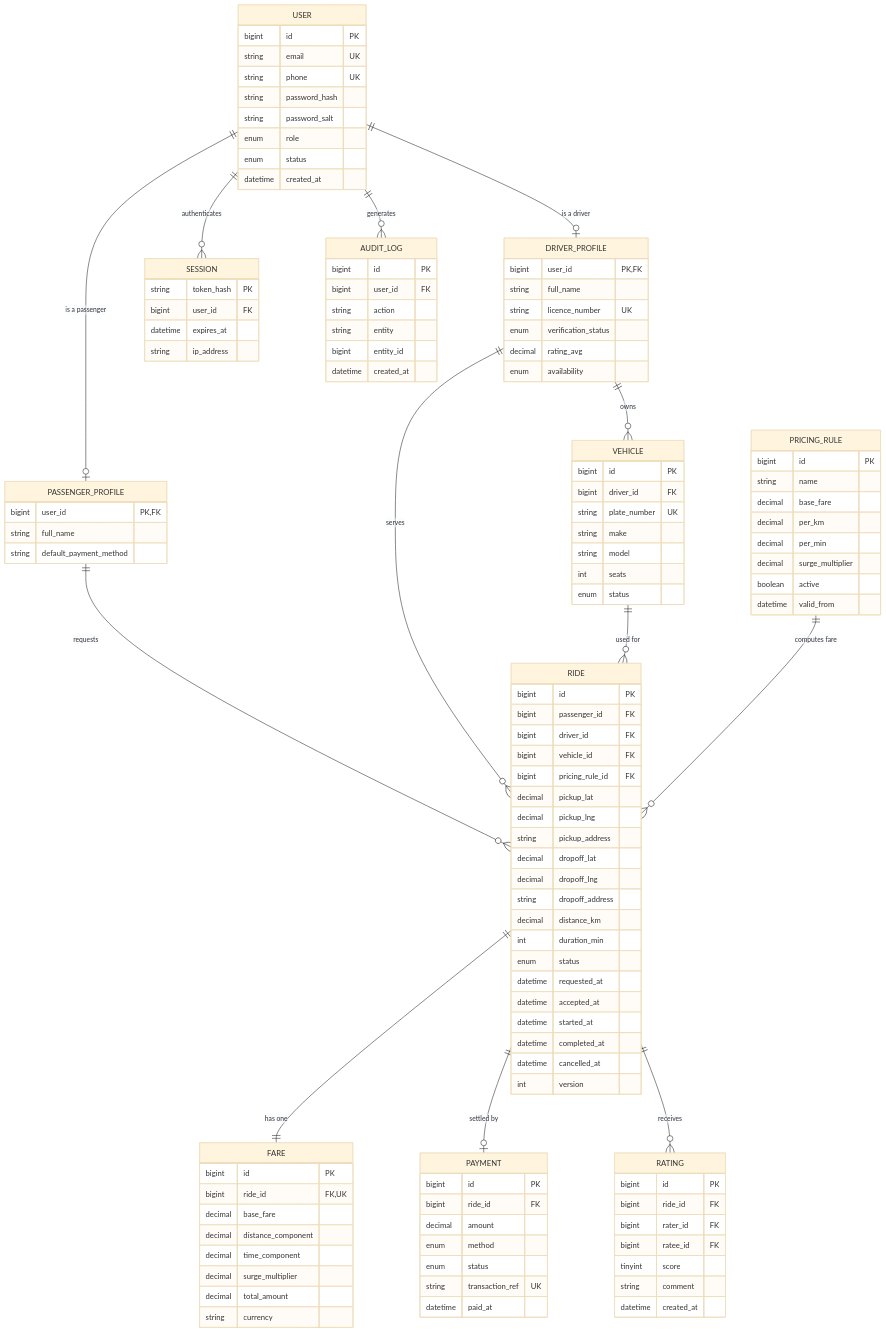
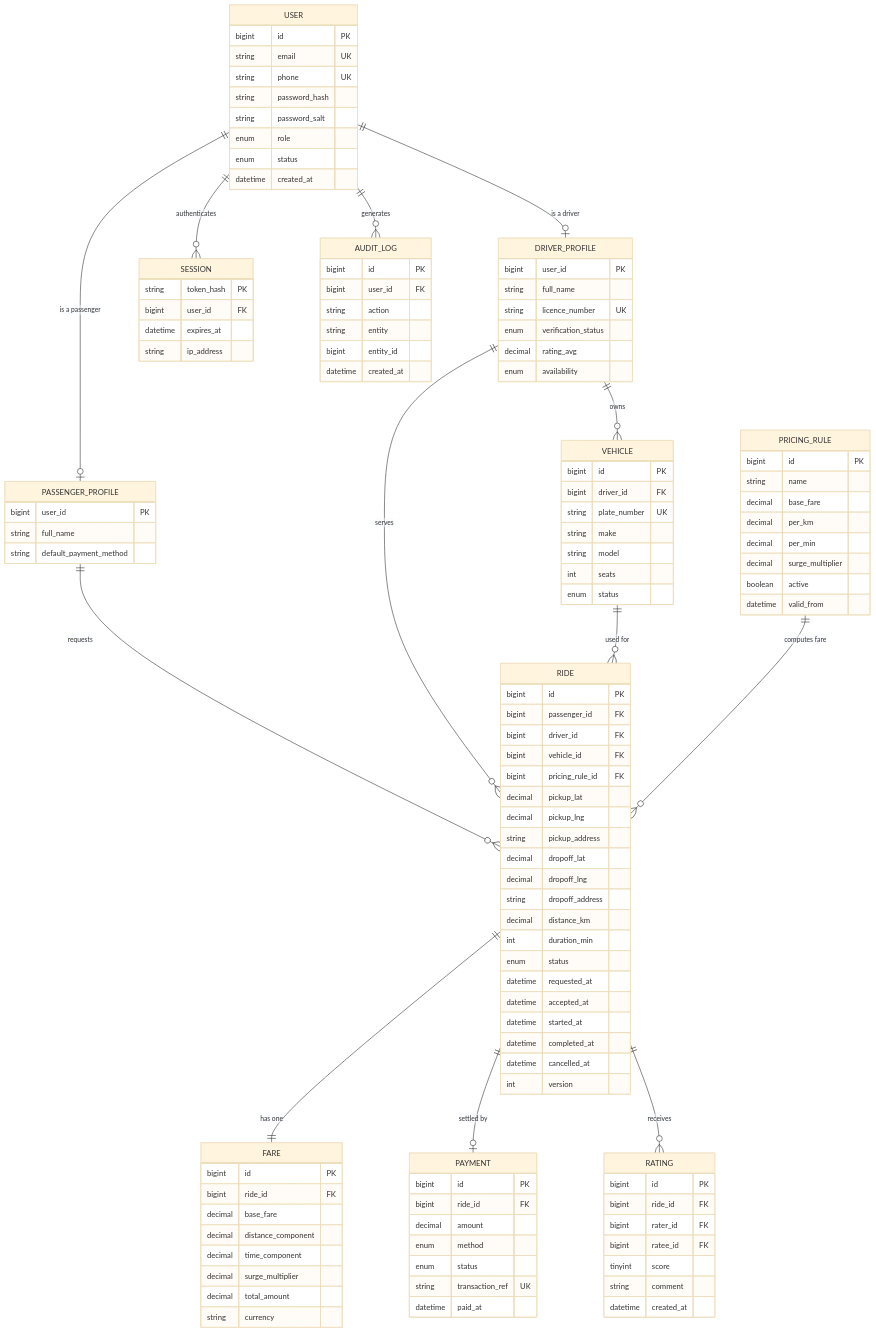
One commit to emmanueloyono-debug/ViaMe changed diagram 17 of 17 in VIAME_PROJECT_SPECIFICATION.md. Above: the diagram before and after it, drawn with Mermaid (base theme). The commit also changed other lines of this file and 1 other file, not shown here.

Commit message:
fix(docs): resolve Mermaid ERD and flowchart parser errors on GitHub

```diff
--- a/VIAME_PROJECT_SPECIFICATION.md
+++ b/VIAME_PROJECT_SPECIFICATION.md
@@ -832,13 +832,13 @@
     }
 
     PASSENGER_PROFILE {
-        bigint user_id PK, FK
+        bigint user_id PK
         string full_name
         string default_payment_method
     }
 
     DRIVER_PROFILE {
-        bigint user_id PK, FK
+        bigint user_id PK
         string full_name
         string licence_number UK
         enum verification_status
@@ -881,7 +881,7 @@
 
     FARE {
         bigint id PK
-        bigint ride_id FK, UK
+        bigint ride_id FK
         decimal base_fare
         decimal distance_component
         decimal time_component
```
